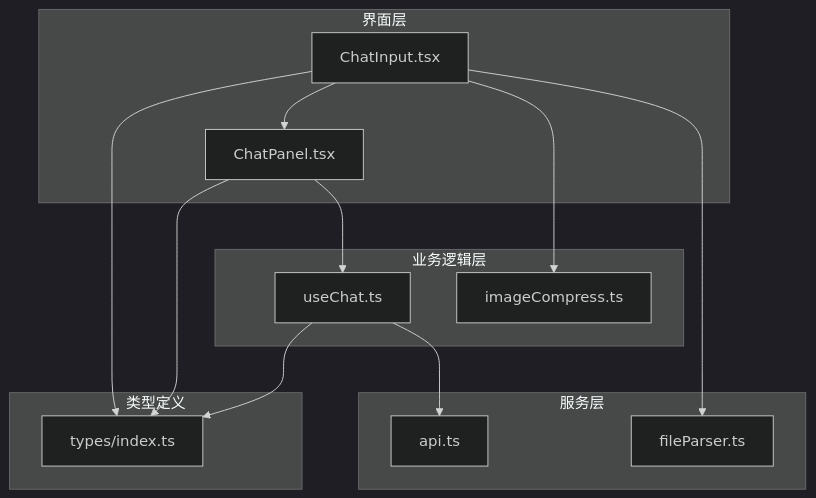
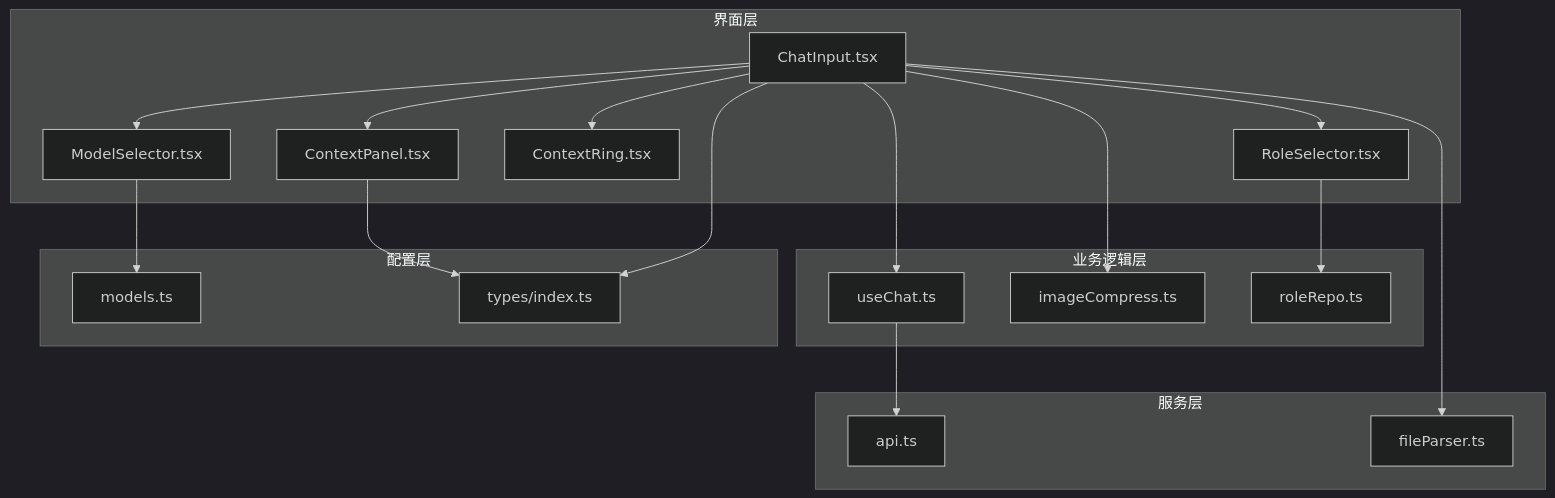
The first of 5 diagrams in .qoder/repowiki/zh/content/聊天模块/聊天输入组件.md (billye220670/AIShop), drawn with Mermaid (dark theme) before and after one commit. The commit also changed other lines of this file and 99 other files, not shown here.

````diff
--- a/.qoder/repowiki/zh/content/聊天模块/聊天输入组件.md
+++ b/.qoder/repowiki/zh/content/聊天模块/聊天输入组件.md
@@ -42,26 +50,35 @@
 ```mermaid
 graph TB
 subgraph "界面层"
 CI["ChatInput.tsx"]
-CP["ChatPanel.tsx"]
+MS["ModelSelector.tsx"]
+RS["RoleSelector.tsx"]
+CR["ContextRing.tsx"]
+CP["ContextPanel.tsx"]
 end
 subgraph "业务逻辑层"
 UC["useChat.ts"]
 IC["imageCompress.ts"]
+RR["roleRepo.ts"]
 end
 subgraph "服务层"
 API["api.ts"]
 FP["fileParser.ts"]
 end
-subgraph "类型定义"
+subgraph "配置层"
+MC["models.ts"]
 T["types/index.ts"]
 end
+CI --> MS
+CI --> RS
+CI --> CR
 CI --> CP
 CI --> IC
-CP --> UC
+CI --> UC
+MS --> MC
+RS --> RR
+CP --> T
 UC --> API
 CI --> FP
 CI --> T
-CP --> T
-UC --> T
 ```
````
